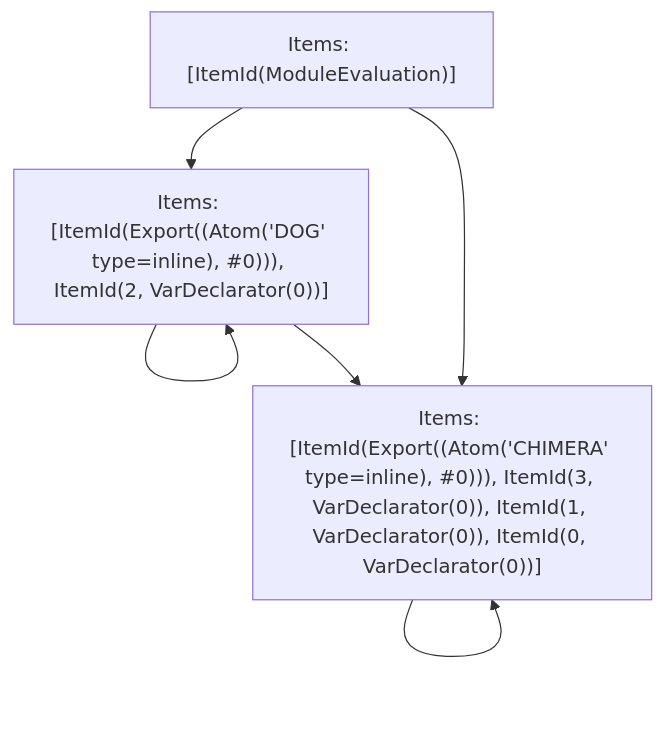
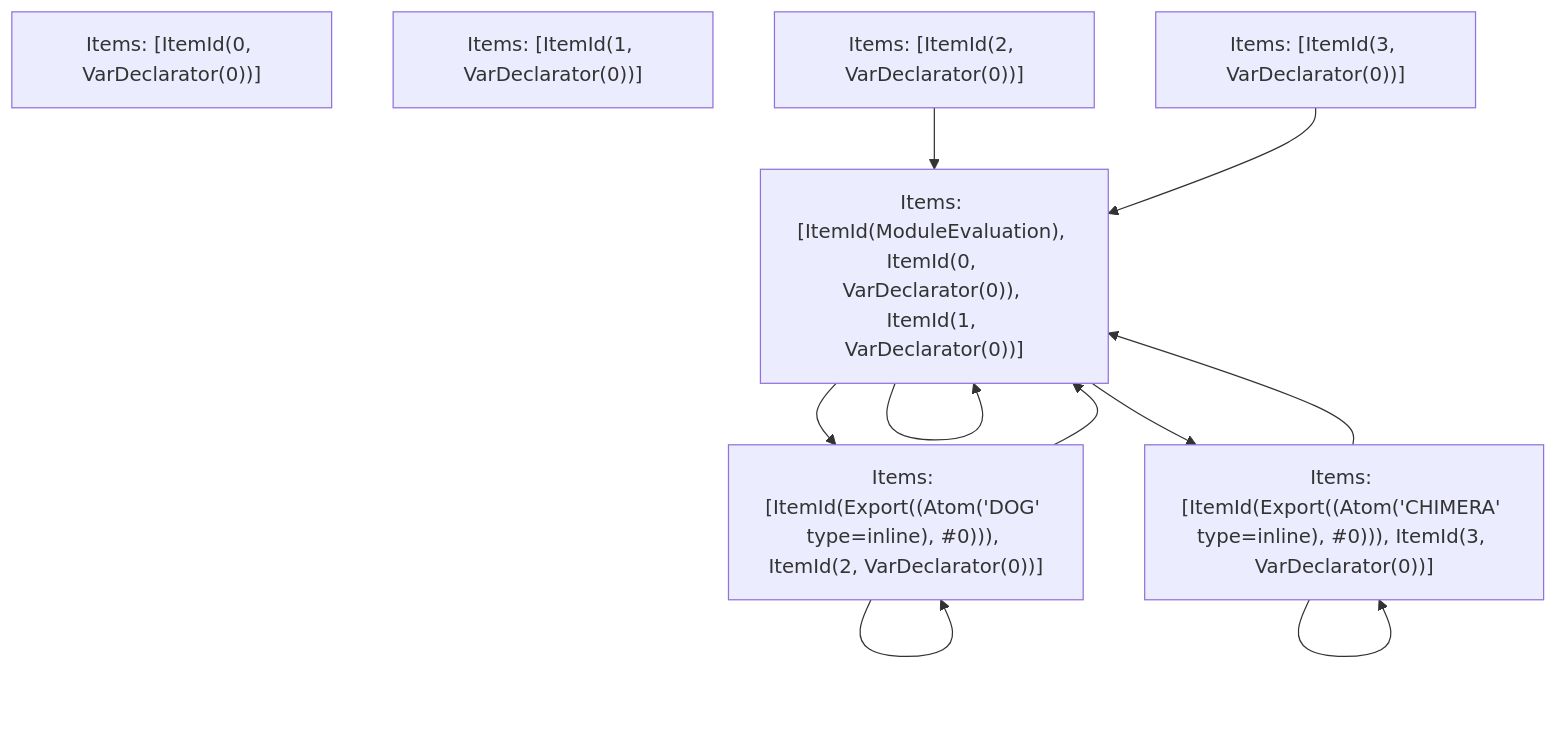
One commit to vercel/turborepo changed the fifth of 5 diagrams in crates/turbopack-ecmascript/tests/tree-shaker/analyzer/simple/output.md. Above: the diagram before and after it, drawn with Mermaid. The commit also changed 3 other files, not shown here.

````diff
--- a/crates/turbopack-ecmascript/tests/tree-shaker/analyzer/simple/output.md
+++ b/crates/turbopack-ecmascript/tests/tree-shaker/analyzer/simple/output.md
@@ -124,11 +124,19 @@
 ```mermaid
 graph TD
-    N0["Items: [ItemId(ModuleEvaluation)]"];
-    N1["Items: [ItemId(Export((Atom('DOG' type=inline), #0))), ItemId(2, VarDeclarator(0))]"];
-    N2["Items: [ItemId(Export((Atom('CHIMERA' type=inline), #0))), ItemId(3, VarDeclarator(0)), ItemId(1, VarDeclarator(0)), ItemId(0, VarDeclarator(0))]"];
-    N0 --> N2;
-    N0 --> N1;
-    N1 --> N1;
-    N1 --> N2;
-    N2 --> N2;
+    N0["Items: [ItemId(0, VarDeclarator(0))]"];
+    N1["Items: [ItemId(1, VarDeclarator(0))]"];
+    N2["Items: [ItemId(2, VarDeclarator(0))]"];
+    N3["Items: [ItemId(3, VarDeclarator(0))]"];
+    N4["Items: [ItemId(ModuleEvaluation), ItemId(0, VarDeclarator(0)), ItemId(1, VarDeclarator(0))]"];
+    N5["Items: [ItemId(Export((Atom('DOG' type=inline), #0))), ItemId(2, VarDeclarator(0))]"];
+    N6["Items: [ItemId(Export((Atom('CHIMERA' type=inline), #0))), ItemId(3, VarDeclarator(0))]"];
+    N2 --> N4;
+    N3 --> N4;
+    N4 --> N4;
+    N4 --> N5;
+    N4 --> N6;
+    N5 --> N5;
+    N5 --> N4;
+    N6 --> N6;
+    N6 --> N4;
 ```
````
